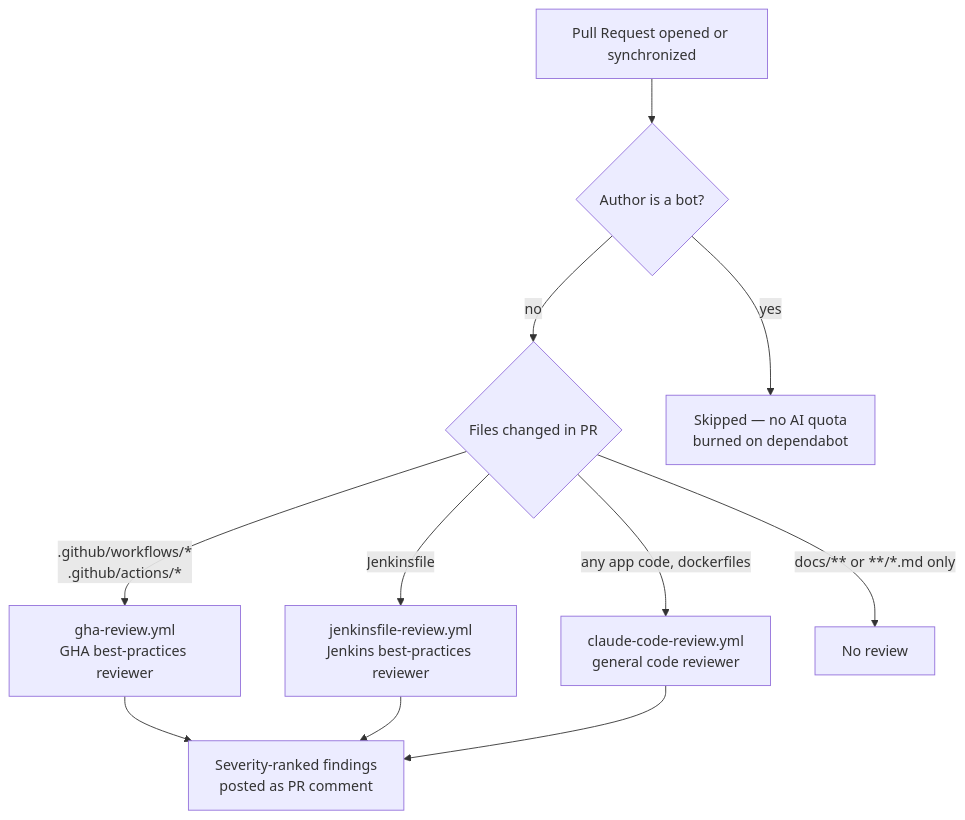
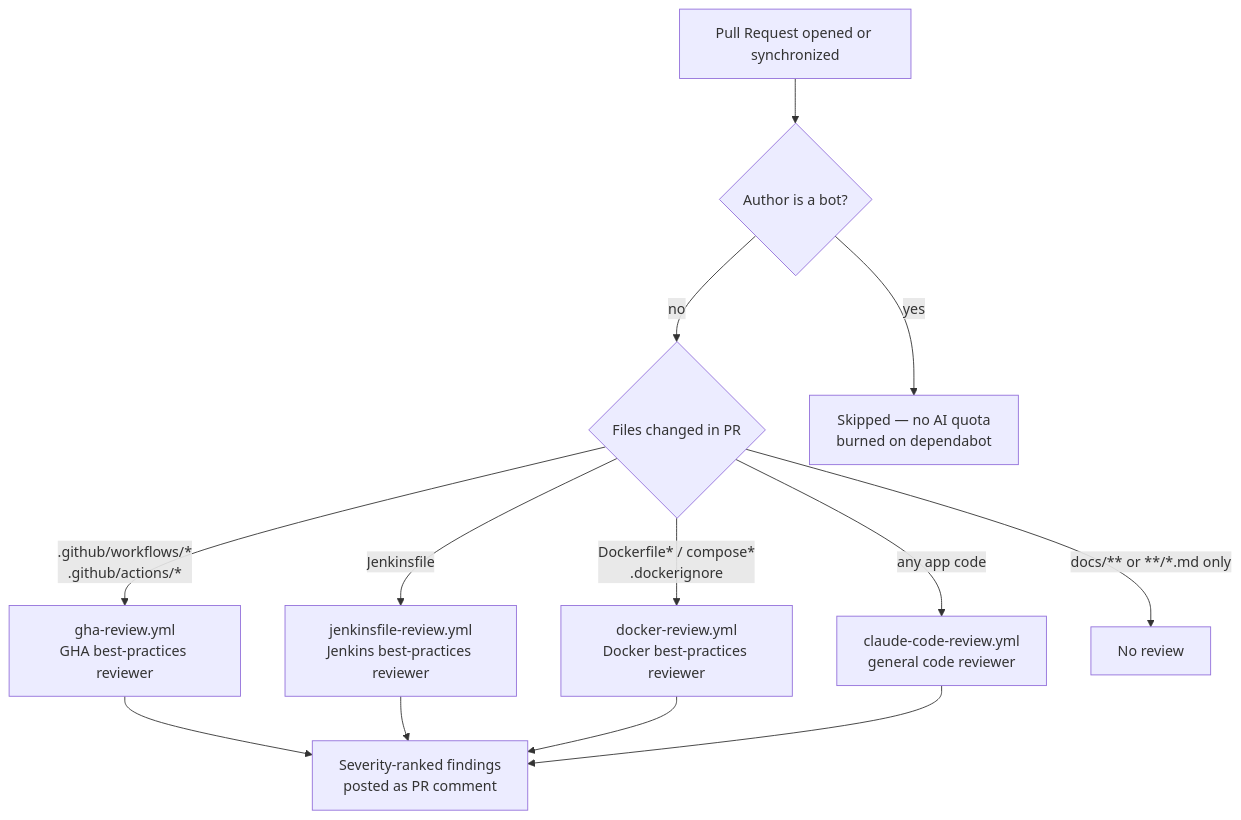
The second of 3 diagrams in README.md (maksimTrs/ai-ci-github-actions), drawn with Mermaid before and after one commit. The commit also changed other lines of this file and 4 other files, not shown here.

Commit message:
chore: add Docker best practices doc and update workflows for Docker-specific AI reviews

````diff
--- a/README.md
+++ b/README.md
@@ -96,19 +99,21 @@
 ```mermaid
 flowchart TD
     PR[Pull Request opened or synchronized]
     BotCheck{Author is a bot?}
     Dispatch{Files changed in PR}
 
     PR --> BotCheck
     BotCheck -->|yes| Skip[Skipped — no AI quota<br/> burned on dependabot]
     BotCheck -->|no| Dispatch
 
     Dispatch -->|".github/workflows/*<br/>.github/actions/*"| GHA["gha-review.yml<br/>GHA best-practices reviewer"]
     Dispatch -->|"Jenkinsfile"| JF["jenkinsfile-review.yml<br/>Jenkins best-practices reviewer"]
-    Dispatch -->|"any app code, dockerfiles"| General["claude-code-review.yml<br/>general code reviewer"]
+    Dispatch -->|"Dockerfile* / compose*<br/>.dockerignore"| DK["docker-review.yml<br/>Docker best-practices reviewer"]
+    Dispatch -->|"any app code"| General["claude-code-review.yml<br/>general code reviewer"]
     Dispatch -->|"docs/** or **/*.md only"| Nothing[No review]
 
     GHA --> Comment[Severity-ranked findings<br/>posted as PR comment]
     JF --> Comment
+    DK --> Comment
     General --> Comment
 ```
````
